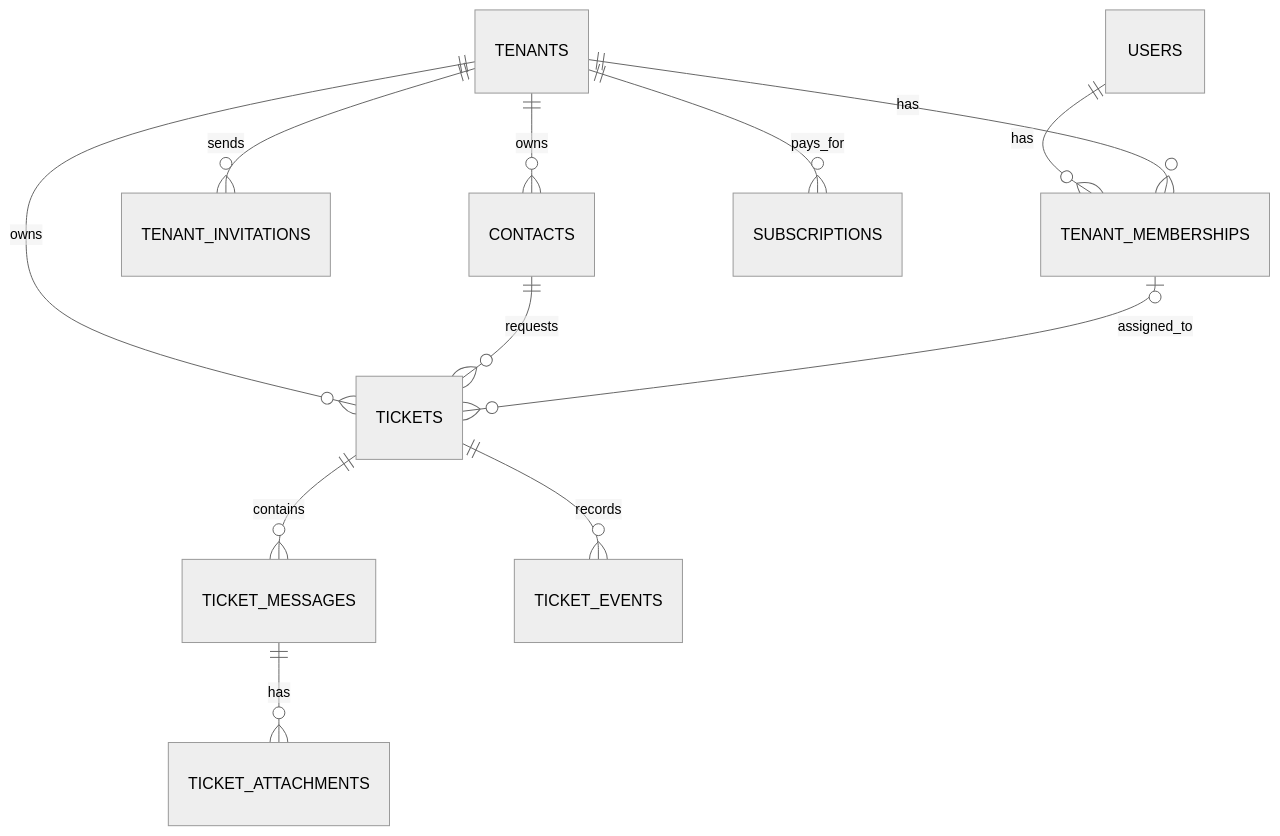
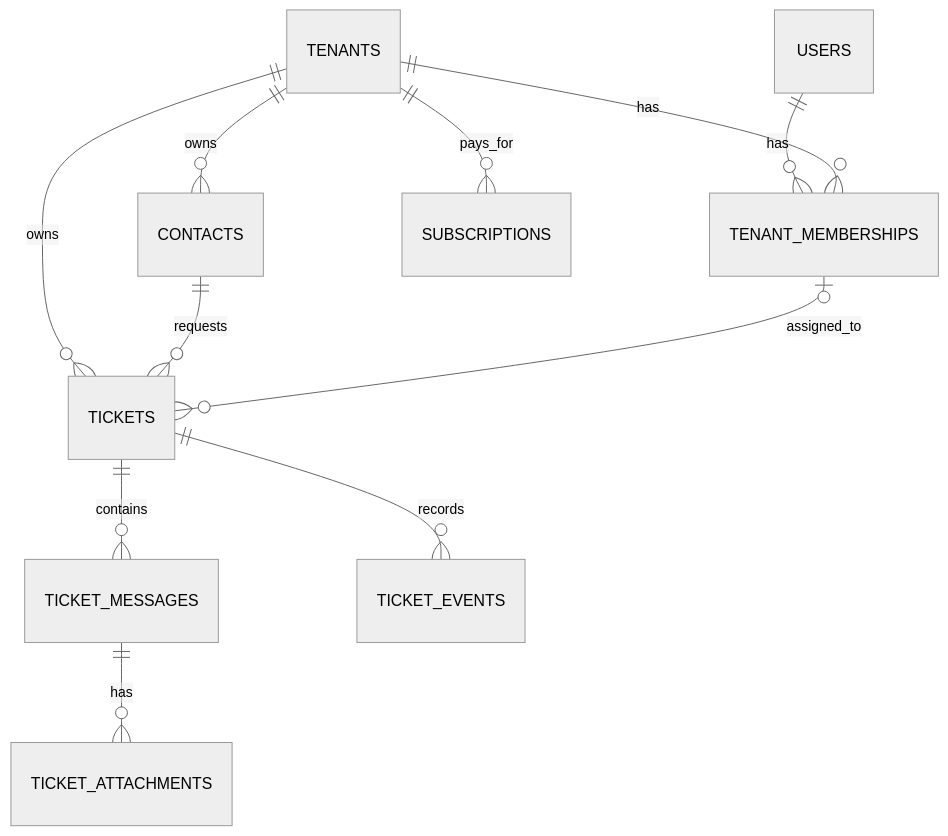
The second of 2 diagrams in docs/database/README.md (fathallah7/multi-tenant-helpdesk-saas), drawn with Mermaid (neutral theme) before and after one commit. The commit also changed other lines of this file and 1 other file, not shown here.

Commit message:
Update architecture and database documentation for tenant invitations and acceptance workflows

````diff
--- a/docs/database/README.md
+++ b/docs/database/README.md
@@ -116,14 +143,13 @@
 ```mermaid
 erDiagram
     USERS ||--o{ TENANT_MEMBERSHIPS : has
     TENANTS ||--o{ TENANT_MEMBERSHIPS : has
-    TENANTS ||--o{ TENANT_INVITATIONS : sends
     TENANTS ||--o{ CONTACTS : owns
     TENANTS ||--o{ TICKETS : owns
     CONTACTS ||--o{ TICKETS : requests
     TENANT_MEMBERSHIPS |o--o{ TICKETS : assigned_to
     TICKETS ||--o{ TICKET_MESSAGES : contains
     TICKETS ||--o{ TICKET_EVENTS : records
     TICKET_MESSAGES ||--o{ TICKET_ATTACHMENTS : has
     TENANTS ||--o{ SUBSCRIPTIONS : pays_for
 ```
````
